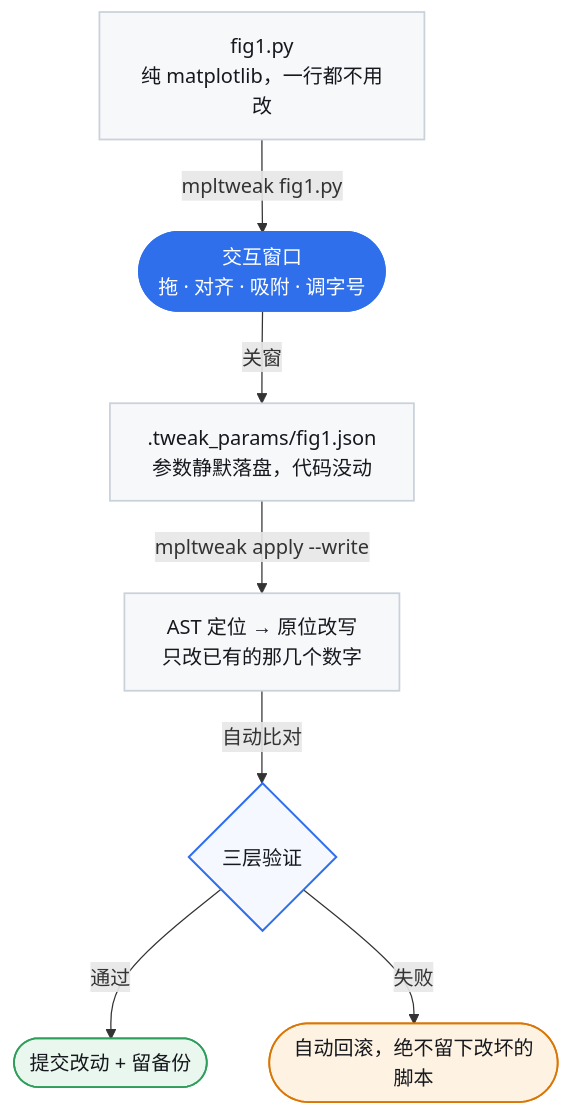
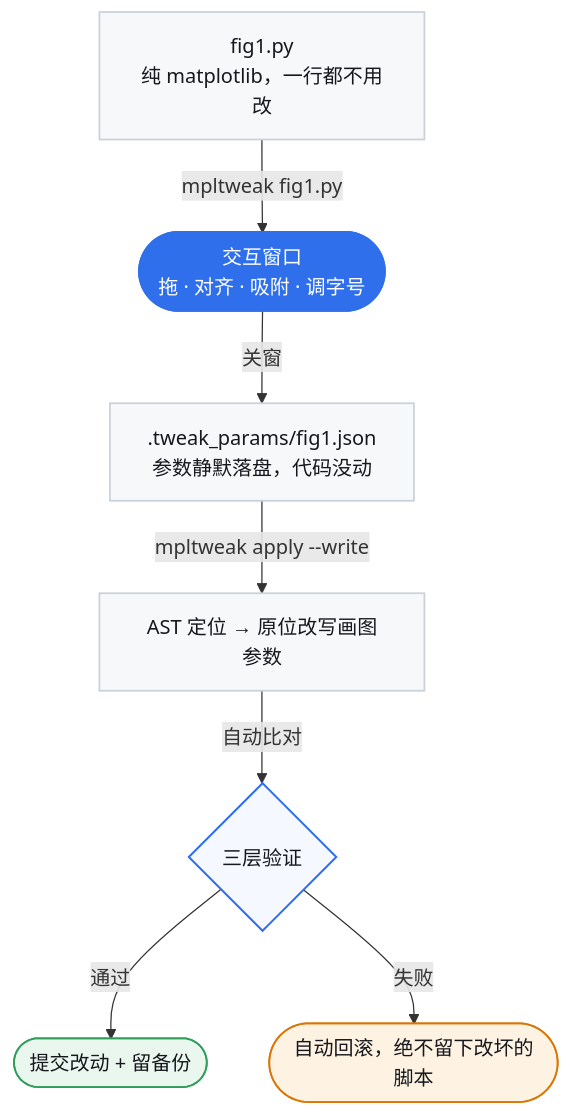
Before and after one commit to shdbl/mpltweak: the diagram in README.md, drawn with Mermaid. The commit also changed other lines of this file and 1 other file, not shown here.

````diff
--- a/README.md
+++ b/README.md
@@ -54,23 +74,23 @@
 ```mermaid
 flowchart TD
     A["fig1.py<br/>纯 matplotlib，一行都不用改"]:::script
     B(["交互窗口<br/>拖 · 对齐 · 吸附 · 调字号"]):::win
     C[".tweak_params/fig1.json<br/>参数静默落盘，代码没动"]:::script
-    D["AST 定位 → 原位改写<br/>只改已有的那几个数字"]:::script
+    D["AST 定位 → 原位改写画图参数"]:::script
     E{"三层验证"}:::check
     F(["提交改动 + 留备份"]):::ok
     G(["自动回滚，绝不留下改坏的脚本"]):::bad
 
     A -->|mpltweak fig1.py| B
     B -->|关窗| C
     C -->|mpltweak apply --write| D
     D -->|自动比对| E
     E -->|通过| F
     E -->|失败| G
 
     classDef script fill:#F7F8FA,stroke:#C9D1DB,stroke-width:1.4px,color:#16181D
     classDef win fill:#2F6FEB,stroke:#2F6FEB,stroke-width:1.6px,color:#FFFFFF
     classDef check fill:#F5F8FF,stroke:#2F6FEB,stroke-width:1.6px,color:#16181D
     classDef ok fill:#EAF7EF,stroke:#2E9E5B,stroke-width:1.4px,color:#16181D
     classDef bad fill:#FEF3E2,stroke:#D97706,stroke-width:1.4px,color:#16181D
 ```
````
